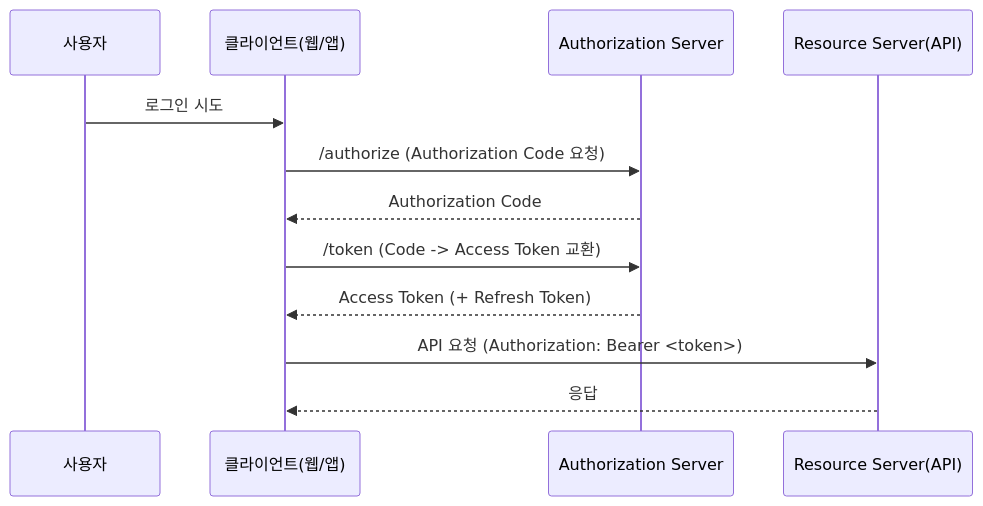
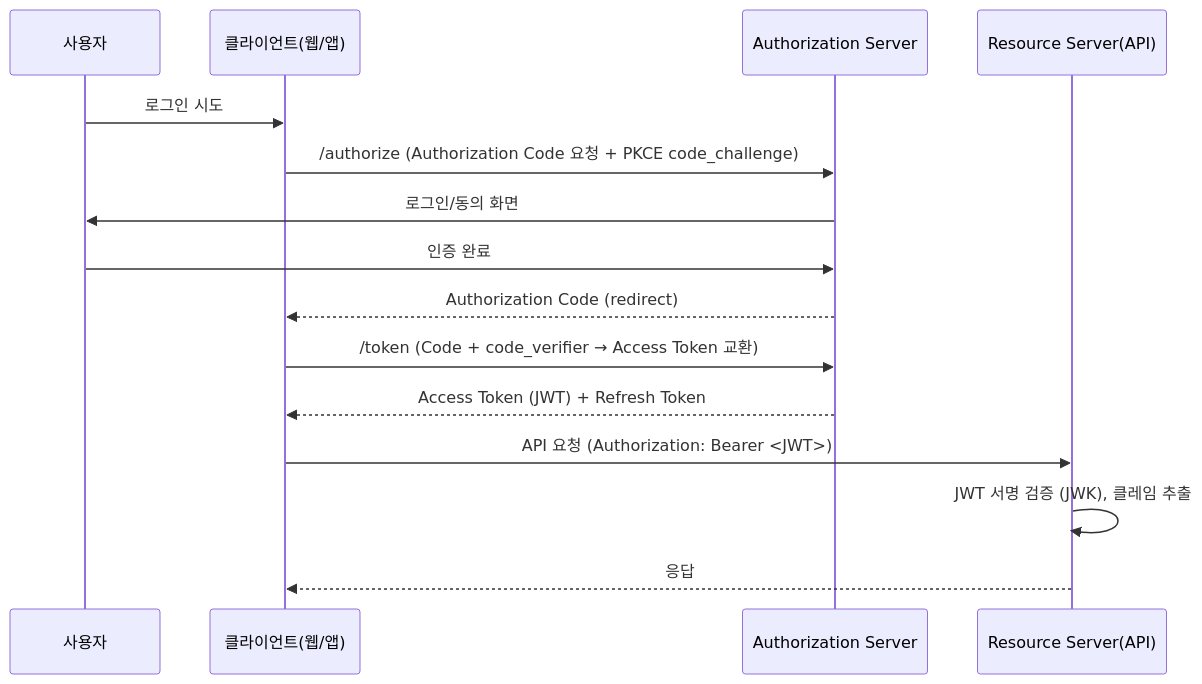
Before and after one commit to jyukki97/study-blog: the diagram in content/learning/deep-dive/deep-dive-spring-security-oauth2-jwt-practical.md, drawn with Mermaid. The commit also changed other lines of this file and 5 other files, not shown here.

````diff
--- a/content/learning/deep-dive/deep-dive-spring-security-oauth2-jwt-practical.md
+++ b/content/learning/deep-dive/deep-dive-spring-security-oauth2-jwt-practical.md
@@ -57,15 +60,18 @@
 ```mermaid
 sequenceDiagram
     participant User as 사용자
     participant Client as 클라이언트(웹/앱)
     participant AS as Authorization Server
     participant RS as Resource Server(API)
 
     User->>Client: 로그인 시도
-    Client->>AS: /authorize (Authorization Code 요청)
-    AS-->>Client: Authorization Code
-    Client->>AS: /token (Code -> Access Token 교환)
-    AS-->>Client: Access Token (+ Refresh Token)
-    Client->>RS: API 요청 (Authorization: Bearer <token>)
+    Client->>AS: /authorize (Authorization Code 요청 + PKCE code_challenge)
+    AS->>User: 로그인/동의 화면
+    User->>AS: 인증 완료
+    AS-->>Client: Authorization Code (redirect)
+    Client->>AS: /token (Code + code_verifier → Access Token 교환)
+    AS-->>Client: Access Token (JWT) + Refresh Token
+    Client->>RS: API 요청 (Authorization: Bearer <JWT>)
+    RS->>RS: JWT 서명 검증 (JWK), 클레임 추출
     RS-->>Client: 응답
 ```
````
